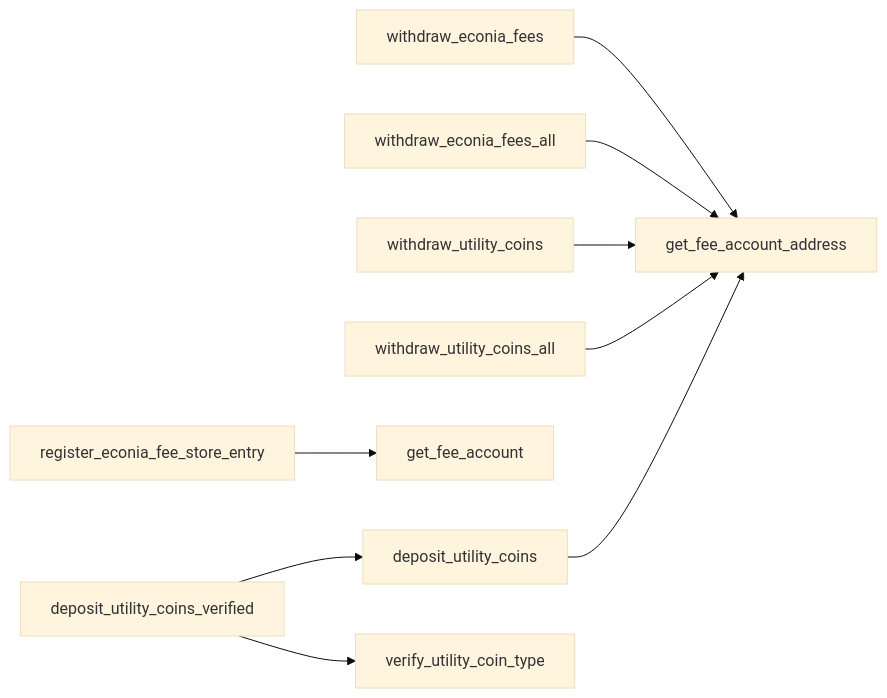
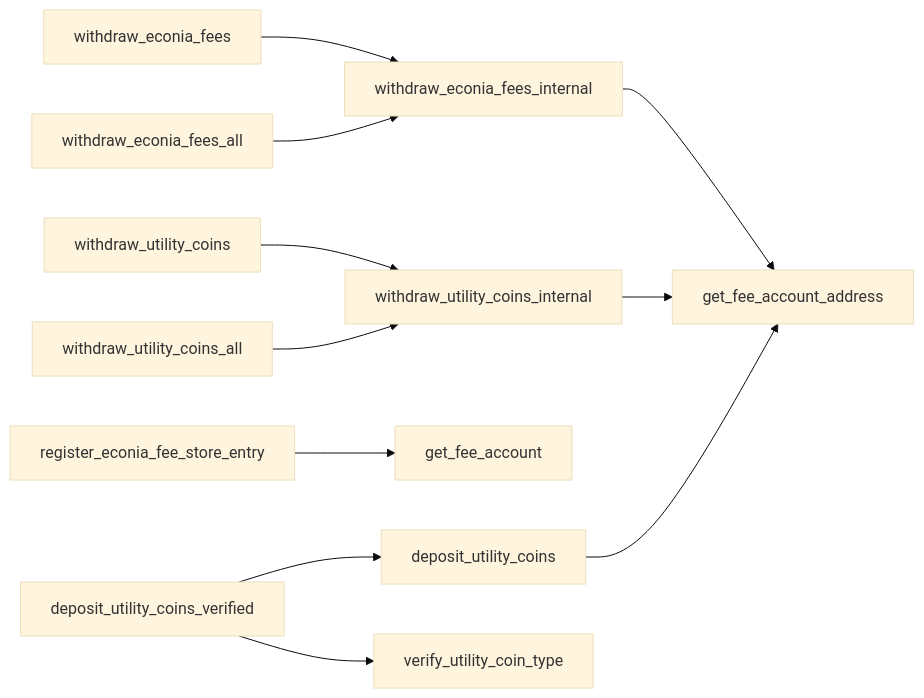
One commit to econia-labs/econia changed the fourth of 6 diagrams in doc/diagrams/src/modules/incentives.md. Above: the diagram before and after it, drawn with Mermaid (base theme). The commit also changed 2 other files, not shown here.

Commit message:
DRY out fee account withdraw funcs

````diff
--- a/doc/diagrams/src/modules/incentives.md
+++ b/doc/diagrams/src/modules/incentives.md
@@ -63,14 +63,16 @@
 ```mermaid
 
 flowchart LR
 
-withdraw_econia_fees --> get_fee_account_address
-withdraw_econia_fees_all --> get_fee_account_address
-withdraw_utility_coins --> get_fee_account_address
-withdraw_utility_coins_all --> get_fee_account_address
+withdraw_econia_fees --> withdraw_econia_fees_internal
+withdraw_econia_fees_all --> withdraw_econia_fees_internal
+withdraw_econia_fees_internal --> get_fee_account_address
+withdraw_utility_coins --> withdraw_utility_coins_internal
+withdraw_utility_coins_all --> withdraw_utility_coins_internal
+withdraw_utility_coins_internal --> get_fee_account_address
 register_econia_fee_store_entry --> get_fee_account
 deposit_utility_coins --> get_fee_account_address
 deposit_utility_coins_verified --> verify_utility_coin_type
 deposit_utility_coins_verified --> deposit_utility_coins
 
 ```
````
